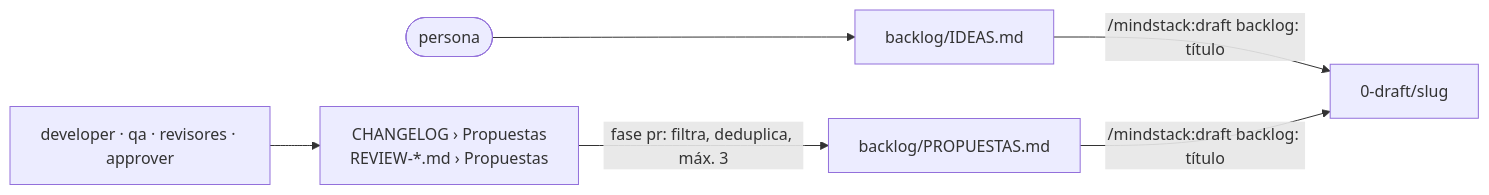
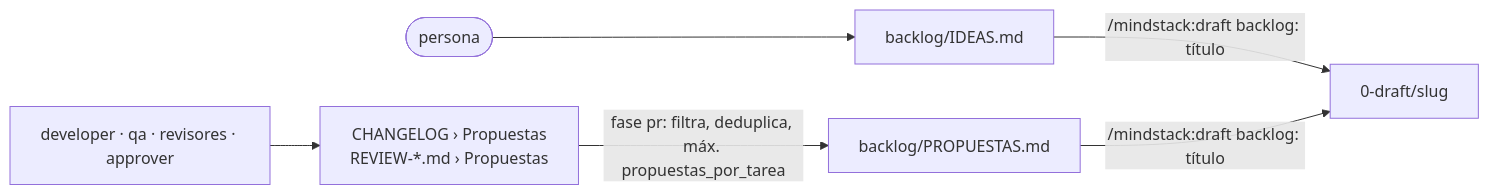
One commit to octavio-parozlabs/mindstack changed the first of 3 diagrams in skills/workflow/SKILL.md. Above: the diagram before and after it, drawn with Mermaid. The commit also changed other lines of this file and 36 other files, not shown here.

````diff
--- a/skills/workflow/SKILL.md
+++ b/skills/workflow/SKILL.md
@@ -75,7 +75,7 @@
 ```mermaid
 flowchart LR
     P([persona]) --> I[backlog/IDEAS.md]
     A[developer · qa · revisores · approver] --> C["CHANGELOG › Propuestas<br/>REVIEW-*.md › Propuestas"]
-    C -->|fase pr: filtra, deduplica, máx. 3| PR[backlog/PROPUESTAS.md]
+    C -->|fase pr: filtra, deduplica, máx. propuestas_por_tarea| PR[backlog/PROPUESTAS.md]
     I & PR -->|"/mindstack:draft backlog: título"| D[0-draft/slug]
 ```
````
